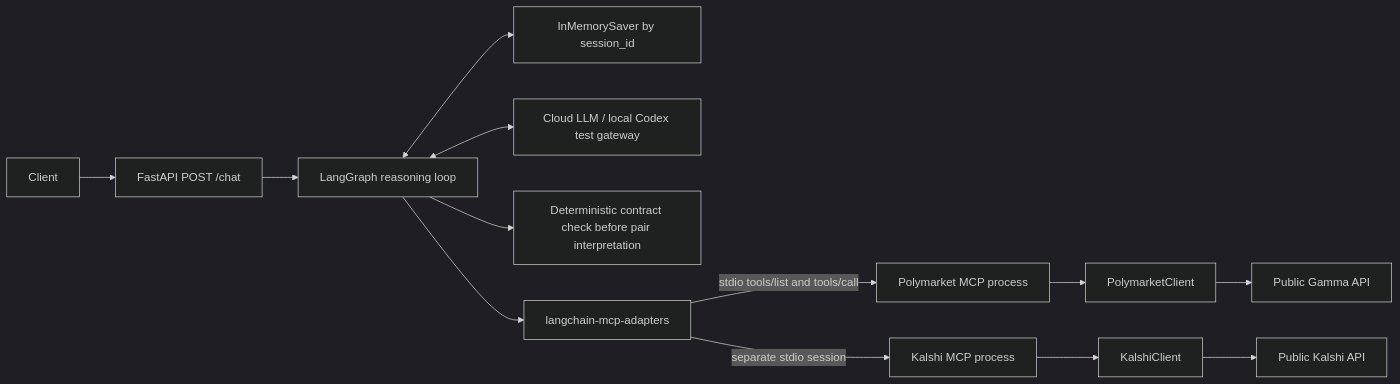
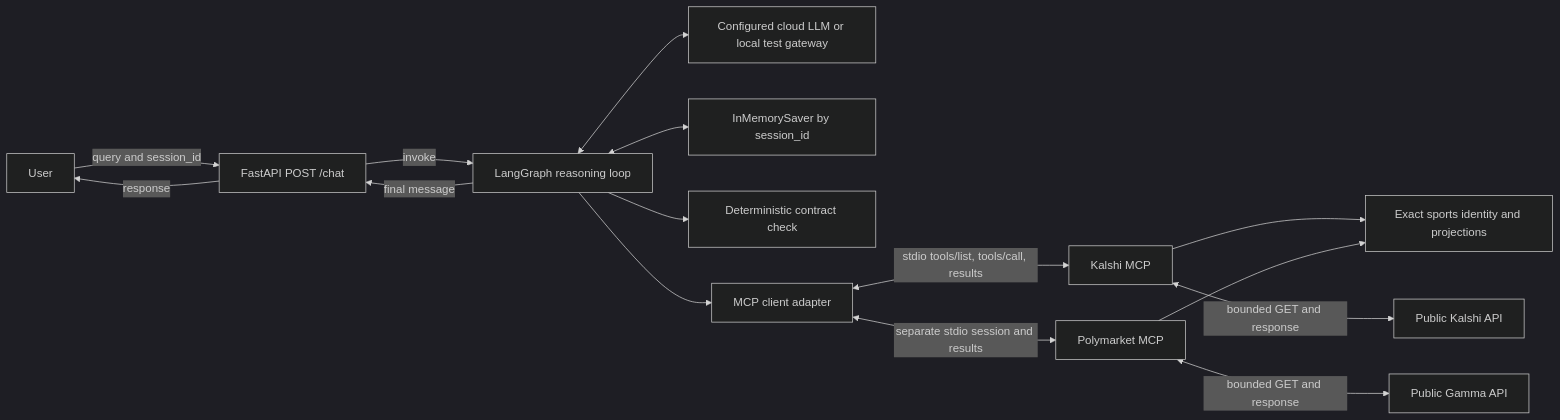
The first of 3 diagrams in README.md (waderylan/prediction-market-agent), drawn with Mermaid (dark theme) before and after one commit. The commit also changed other lines of this file and 19 other files, not shown here.

First line of the commit message:
Build sports-first Kalshi and Polymarket research MCPs

````diff
--- a/README.md
+++ b/README.md
@@ -296,15 +189,17 @@
 ```mermaid
 flowchart LR
-    U[Client] --> F[FastAPI POST /chat]
-    F --> G[LangGraph reasoning loop]
+    U[User] -->|query and session_id| F[FastAPI POST /chat]
+    F -->|response| U
+    F -->|invoke| G[LangGraph reasoning loop]
+    G -->|final message| F
+    G <--> L[Configured cloud LLM or local test gateway]
     G <--> M[InMemorySaver by session_id]
-    G <--> L[Cloud LLM / local Codex test gateway]
-    G --> MATCH[Deterministic contract check before pair interpretation]
-    G --> A[langchain-mcp-adapters]
-    A -->|stdio tools/list and tools/call| P[Polymarket MCP process]
-    A -->|separate stdio session| K[Kalshi MCP process]
-    P --> C[PolymarketClient]
-    C --> API[Public Gamma API]
-    K --> KC[KalshiClient]
-    KC --> KA[Public Kalshi API]
+    G --> C[Deterministic contract check]
+    G --> A[MCP client adapter]
+    A <-->|stdio tools/list, tools/call, results| K[Kalshi MCP]
+    A <-->|separate stdio session and results| P[Polymarket MCP]
+    K --> S[Exact sports identity and projections]
+    P --> S
+    K <-->|bounded GET and response| KA[Public Kalshi API]
+    P <-->|bounded GET and response| PA[Public Gamma API]
 ```
````
